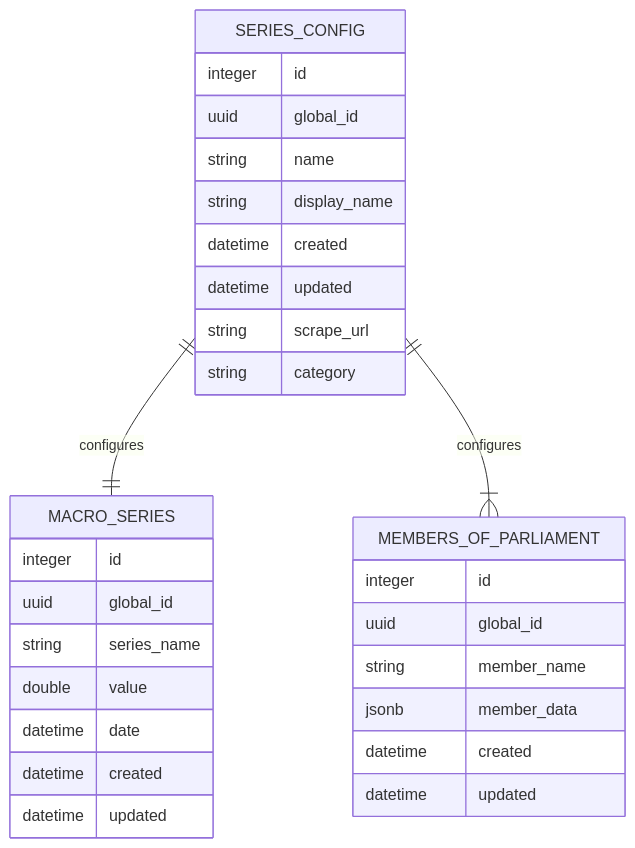
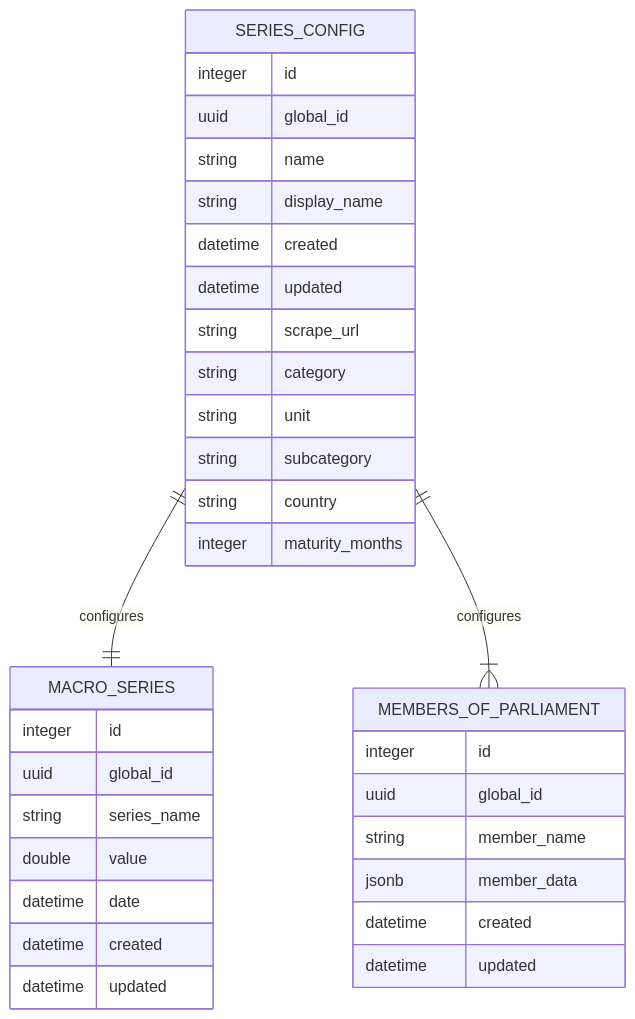
One commit to KGjertsson/macro-hub changed the second of 2 diagrams in macro-backend/macro-analyzer/README.md. Above: the diagram before and after it, drawn with Mermaid. The commit also changed 9 other files, not shown here.

First line of the commit message:
feat: add unit, subcategory, country and maturity to series_config (#38)

````diff
--- a/macro-backend/macro-analyzer/README.md
+++ b/macro-backend/macro-analyzer/README.md
@@ -22,35 +22,39 @@
 ```mermaid
 erDiagram
     SERIES_CONFIG ||--|| MACRO_SERIES : configures
     SERIES_CONFIG ||--}| MEMBERS_OF_PARLIAMENT : configures
     
     SERIES_CONFIG {
         integer id
         uuid global_id
         string name
         string display_name
         datetime created
         datetime updated
         string scrape_url
         string category
+        string unit
+        string subcategory
+        string country
+        integer maturity_months
     }
     
     MACRO_SERIES {
         integer id
         uuid global_id
         string series_name
         double value
         datetime date
         datetime created
         datetime updated
     }
     
     MEMBERS_OF_PARLIAMENT {
         integer id
         uuid global_id
         string member_name
         jsonb member_data
         datetime created
         datetime updated
     }
 ```
````
